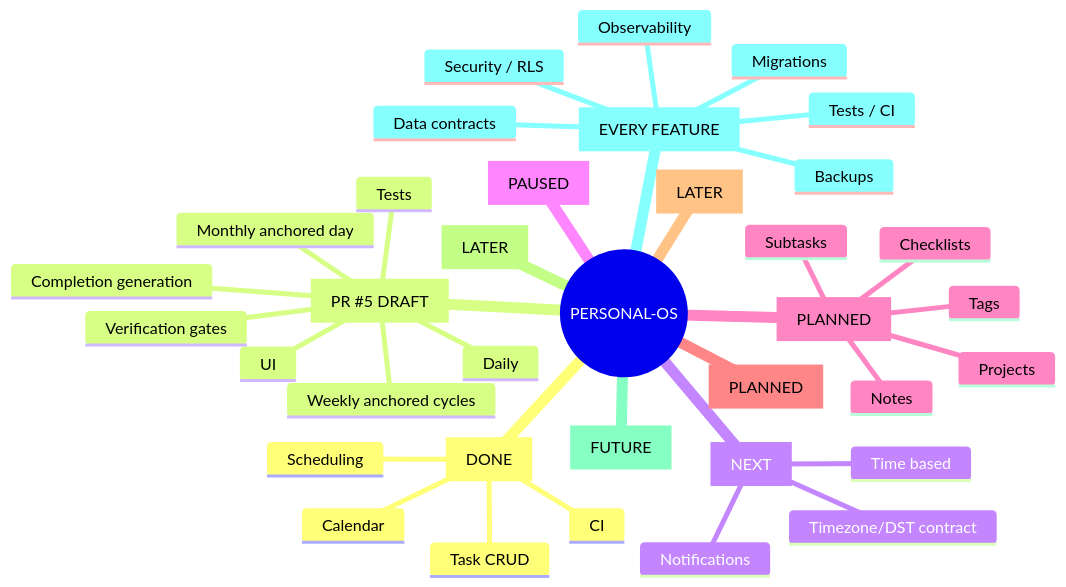
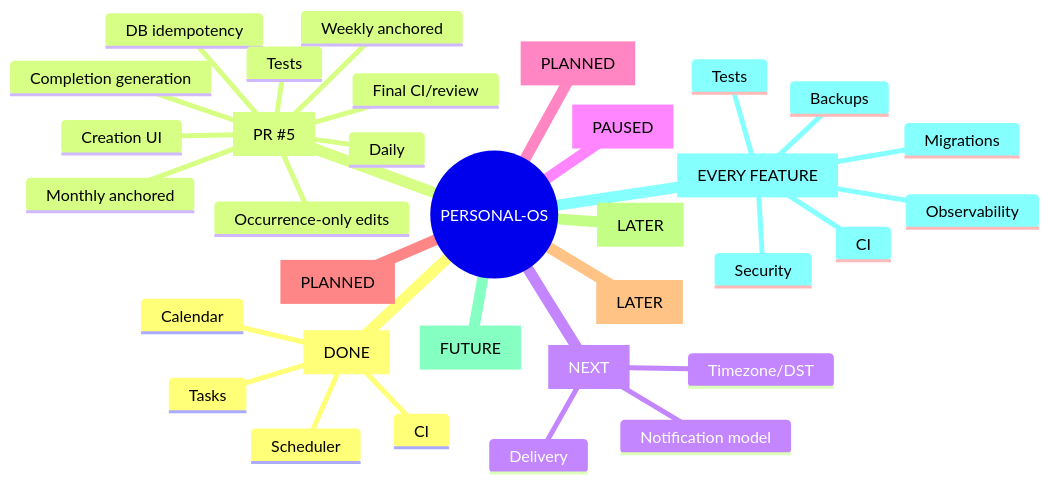
The diagram in PROJECT_STATE.md (mohith-krishnaa/personal-os), drawn with Mermaid before and after one commit. The commit also changed other lines of this file, not shown here.

Commit message:
docs: checkpoint recurring idempotency implementation

````diff
--- a/PROJECT_STATE.md
+++ b/PROJECT_STATE.md
@@ -141,39 +114,36 @@
 ```mermaid
 mindmap
   root((PERSONAL-OS))
     Core Productivity [DONE]
-      Task CRUD
-      Scheduling
+      Tasks
+      Scheduler
       Calendar
       CI
-    Recurring Tasks V1 [PR #5 DRAFT]
+    Recurring Tasks V1 [PR #5]
       Daily
-      Weekly anchored cycles
-      Monthly anchored day
+      Weekly anchored
+      Monthly anchored
       Completion generation
+      DB idempotency
       Tests
-      UI
-      Verification gates
+      Creation UI
+      Occurrence-only edits
+      Final CI/review
     Reminders V1 [NEXT]
-      Time based
-      Notifications
-      Timezone/DST contract
+      Notification model
+      Delivery
+      Timezone/DST
     Progress & Streaks [PAUSED]
     Organization [PLANNED]
-      Projects
-      Subtasks
-      Checklists
-      Notes
-      Tags
     Analytics [PLANNED]
     AI Assistant [LATER]
     Research Agent [LATER]
     Adaptive Scheduling [FUTURE]
     Quality Gates [EVERY FEATURE]
-      Security / RLS
-      Tests / CI
-      Data contracts
+      Security
+      Tests
+      CI
       Migrations
       Observability
       Backups
 ```
````
